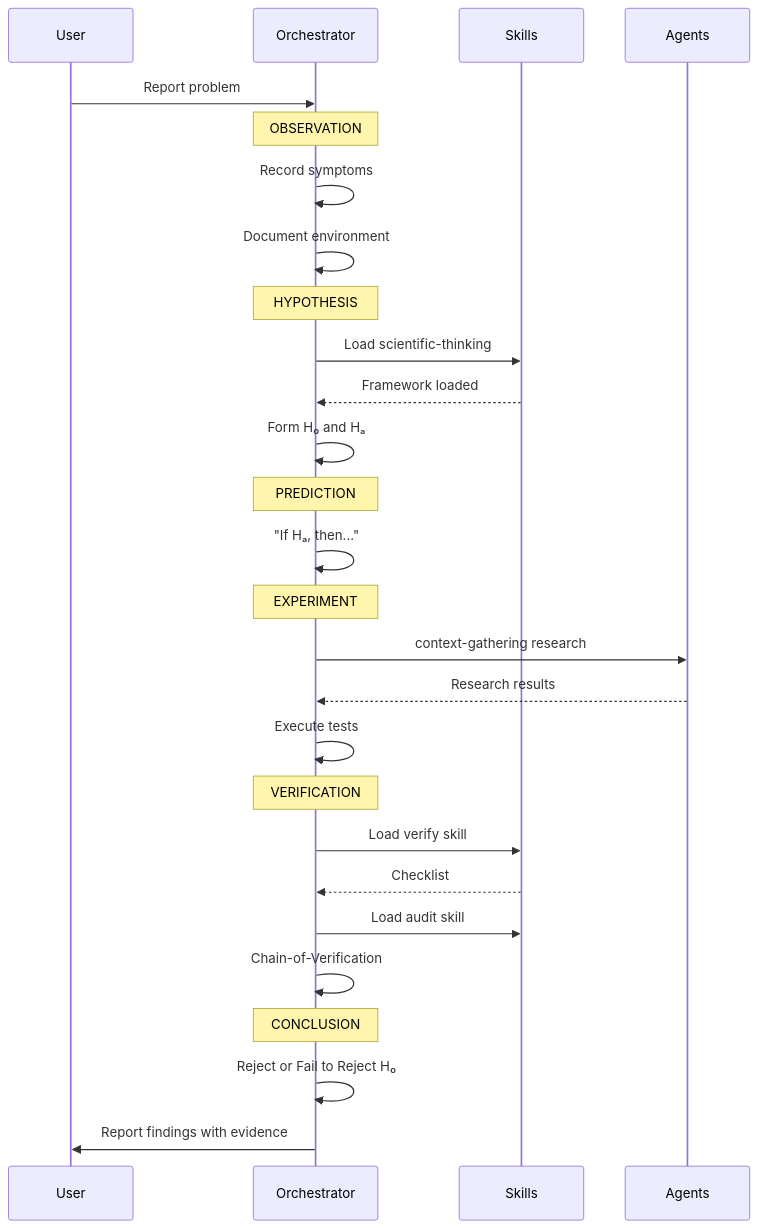
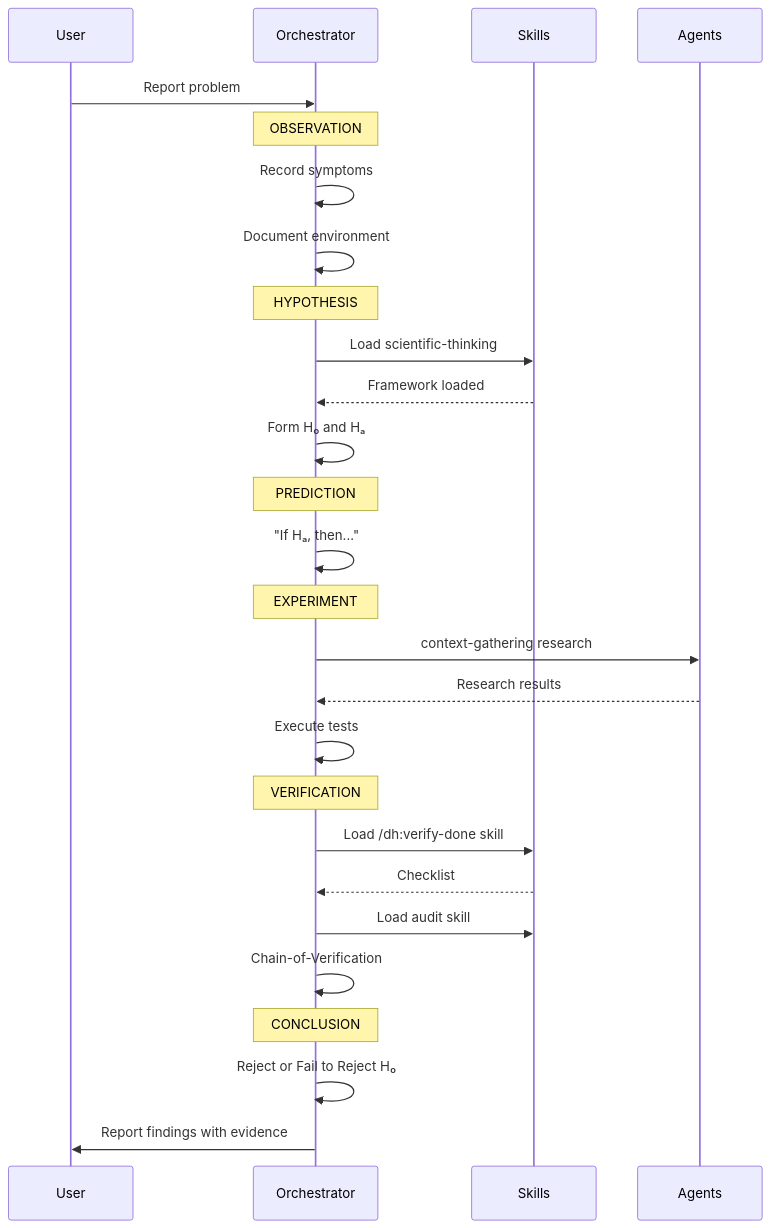
The tenth of 11 diagrams in plugins/scientific-method/shared/investigation-workflow.md (chgreer1070/claude_skills), drawn with Mermaid before and after one commit. The commit also changed 34 other files, not shown here.

````diff
--- a/plugins/scientific-method/shared/investigation-workflow.md
+++ b/plugins/scientific-method/shared/investigation-workflow.md
@@ -269,36 +269,36 @@
 ```mermaid
 sequenceDiagram
     participant U as User
     participant O as Orchestrator
     participant SK as Skills
     participant AG as Agents
 
     U->>O: Report problem
 
     Note over O: OBSERVATION
     O->>O: Record symptoms
     O->>O: Document environment
 
     Note over O: HYPOTHESIS
     O->>SK: Load scientific-thinking
     SK-->>O: Framework loaded
     O->>O: Form H₀ and Hₐ
 
     Note over O: PREDICTION
     O->>O: "If Hₐ, then..."
 
     Note over O: EXPERIMENT
     O->>AG: context-gathering research
     AG-->>O: Research results
     O->>O: Execute tests
 
     Note over O: VERIFICATION
-    O->>SK: Load verify skill
+    O->>SK: Load /dh:verify-done skill
     SK-->>O: Checklist
     O->>SK: Load audit skill
     O->>O: Chain-of-Verification
 
     Note over O: CONCLUSION
     O->>O: Reject or Fail to Reject H₀
     O->>U: Report findings with evidence
 ```
````
